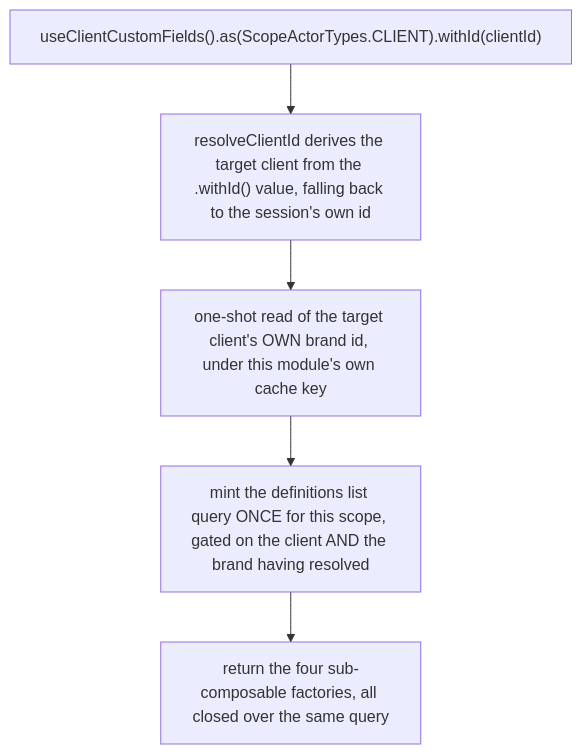
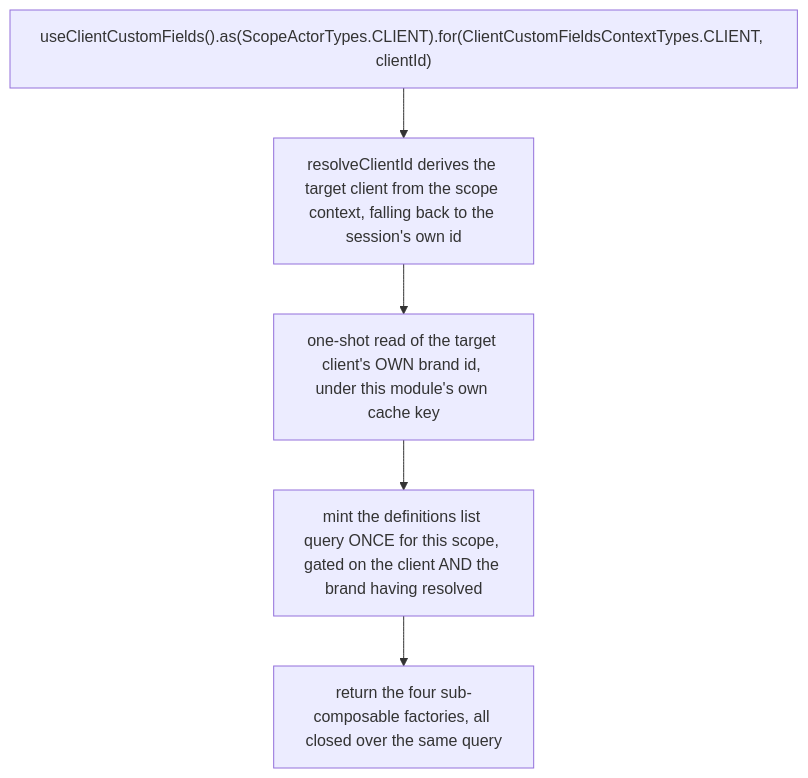
The first of 3 diagrams in packages/headless/src/modules/client-custom-fields/docs/architecture.md (upmind/upmind-ui), drawn with Mermaid before and after one commit. The commit also changed other lines of this file and 15 other files, not shown here.

````diff
--- a/packages/headless/src/modules/client-custom-fields/docs/architecture.md
+++ b/packages/headless/src/modules/client-custom-fields/docs/architecture.md
@@ -18,7 +18,7 @@
 ```mermaid
 flowchart TD
-  call["useClientCustomFields().as(ScopeActorTypes.CLIENT).withId(clientId)"] --> resolve["resolveClientId derives the target client from the .withId() value, falling back to the session's own id"]
+  call["useClientCustomFields().as(ScopeActorTypes.CLIENT).for(ClientCustomFieldsContextTypes.CLIENT, clientId)"] --> resolve["resolveClientId derives the target client from the scope context, falling back to the session's own id"]
   resolve --> brand["one-shot read of the target client's OWN brand id, under this module's own cache key"]
   brand --> mint["mint the definitions list query ONCE for this scope, gated on the client AND the brand having resolved"]
   mint --> ready["return the four sub-composable factories, all closed over the same query"]
 ```
````
